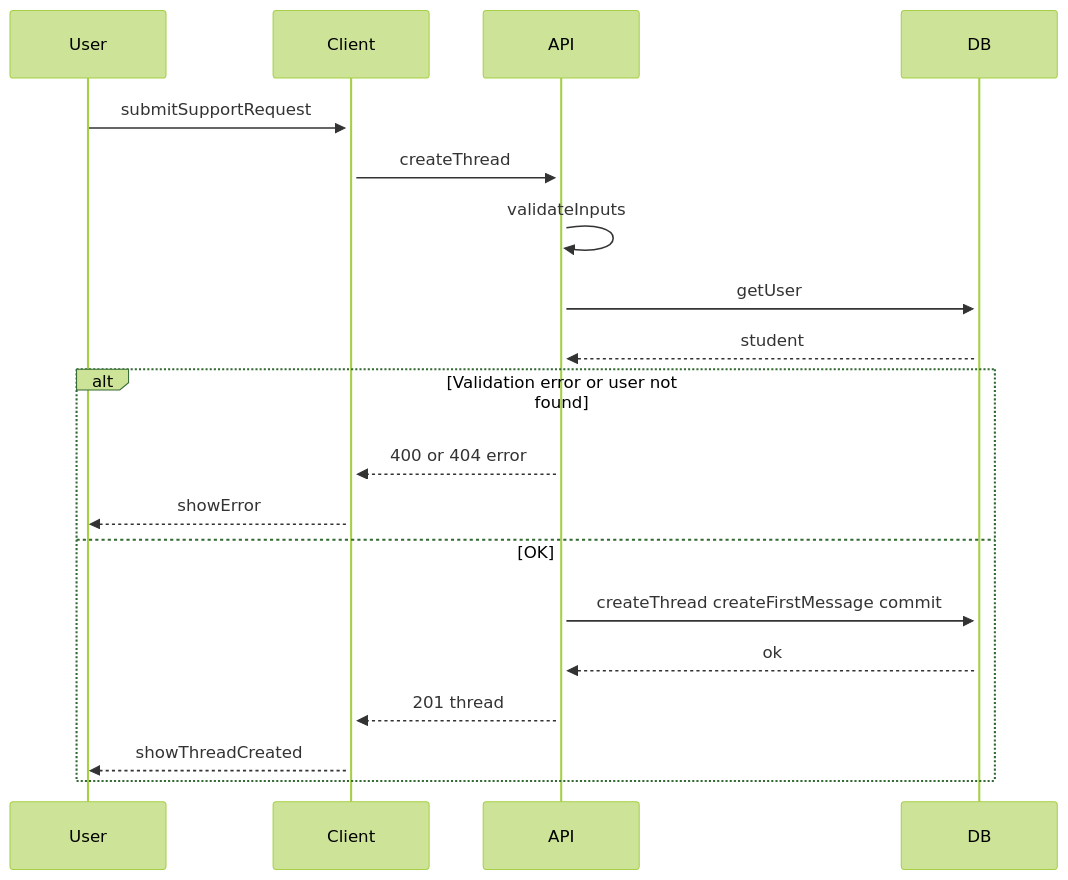
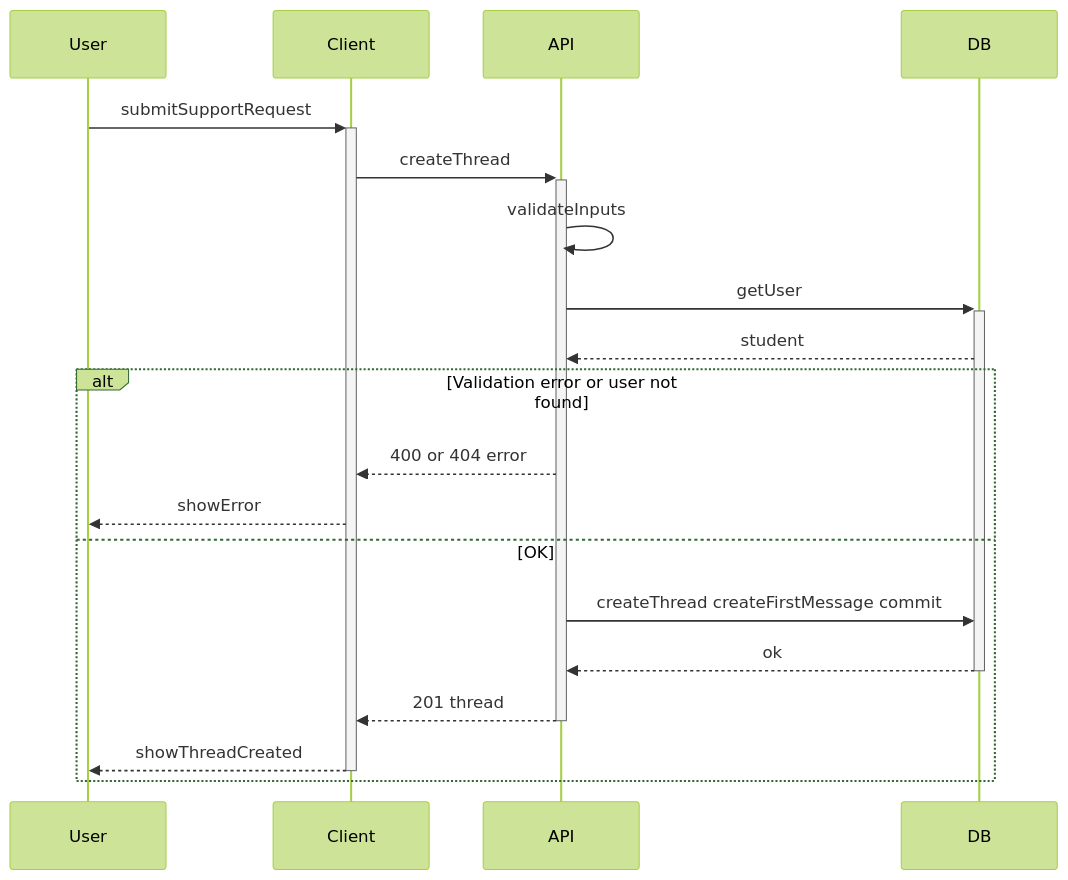
One commit to sandyleedev/student-mental-support-app changed the diagram in docs/sequence-create-thread.md. Above: the diagram before and after it, drawn with Mermaid (forest theme). The commit also changed 3 other files, not shown here.

````diff
--- a/docs/sequence-create-thread.md
+++ b/docs/sequence-create-thread.md
@@ -5,23 +5,23 @@
 ```mermaid
 sequenceDiagram
     participant User
     participant Client
     participant API
     participant DB
 
     User->>+Client: submitSupportRequest
     Client->>+API: createThread
     API->>API: validateInputs
     API->>+DB: getUser
     DB-->>API: student
 
     alt Validation error or user not found
         API-->>Client: 400 or 404 error
         Client-->>User: showError
     else OK
         API->>DB: createThread createFirstMessage commit
-        DB-->>API: ok
-        API-->>Client: 201 thread
-        Client-->>User: showThreadCreated
+        DB-->>-API: ok
+        API-->>-Client: 201 thread
+        Client-->>-User: showThreadCreated
     end
 ```
````
